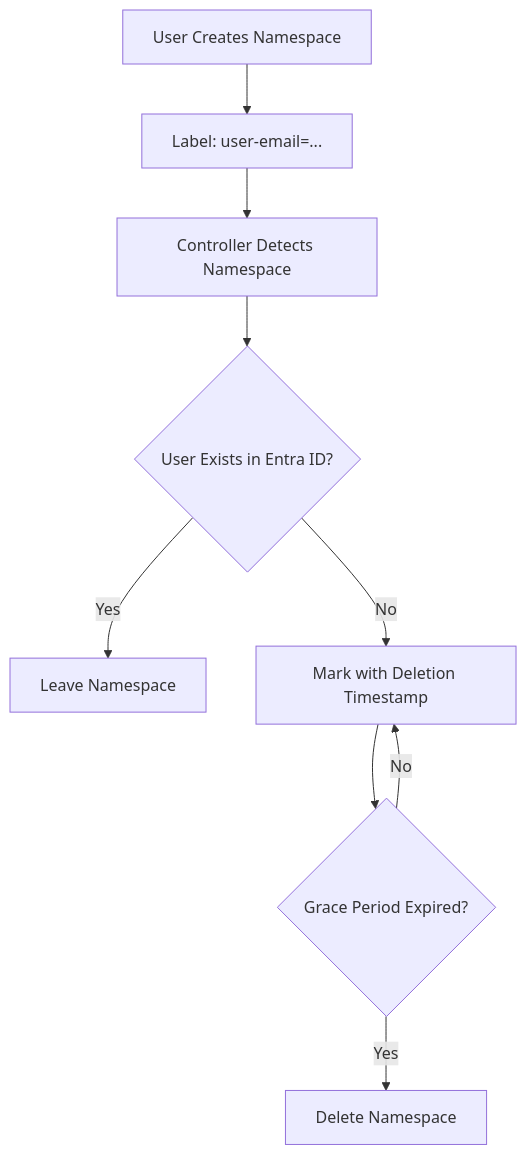
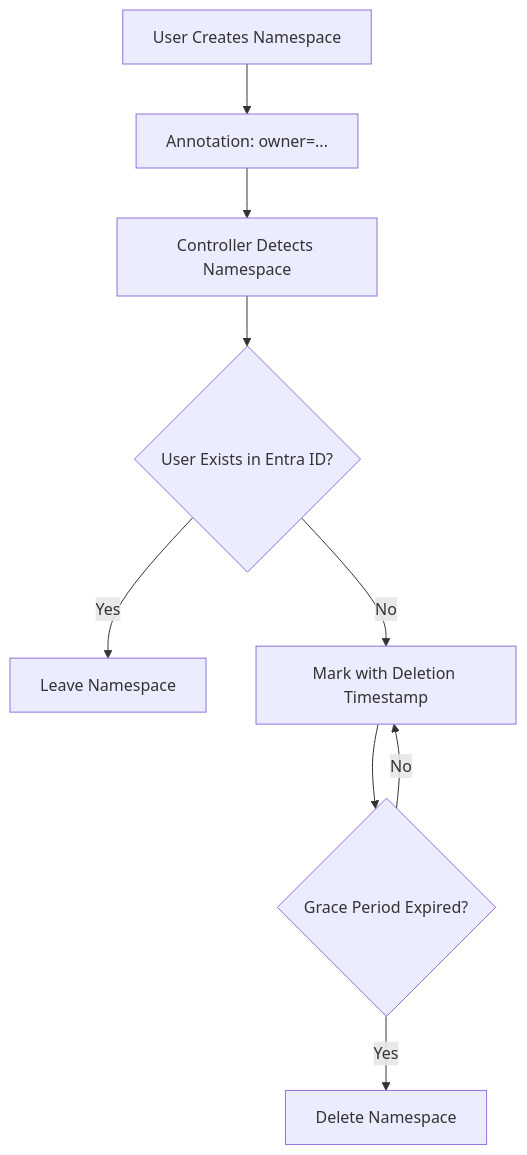
One commit to bryanpaget/namespace-auditor changed the first of 2 diagrams in README.md. Above: the diagram before and after it, drawn with Mermaid. The commit also changed other lines of this file, not shown here.

````diff
--- a/README.md
+++ b/README.md
@@ -11,11 +11,11 @@
 ```mermaid
 flowchart TD
-    A[User Creates Namespace] --> B[Label: user-email=...]
+    A[User Creates Namespace] --> B[Annotation: owner=...]
     B --> C[Controller Detects Namespace]
     C --> D{User Exists in Entra ID?}
     D -->|Yes| E[Leave Namespace]
     D -->|No| F[Mark with Deletion Timestamp]
     F --> G{Grace Period Expired?}
     G -->|Yes| H[Delete Namespace]
     G -->|No| F
 ```
````
